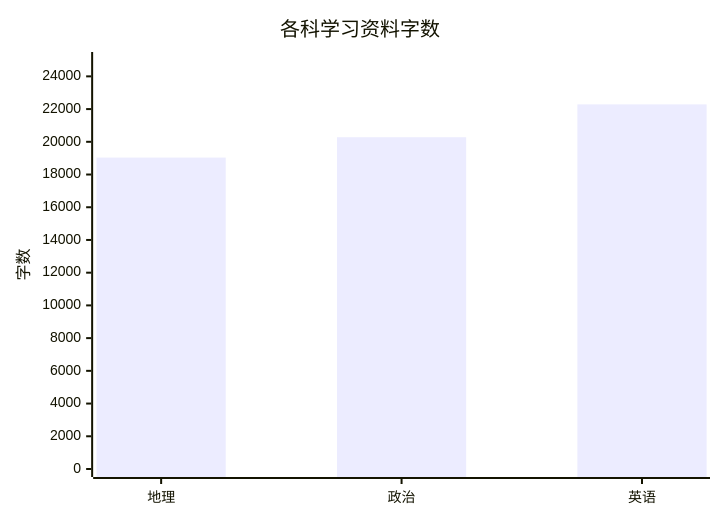
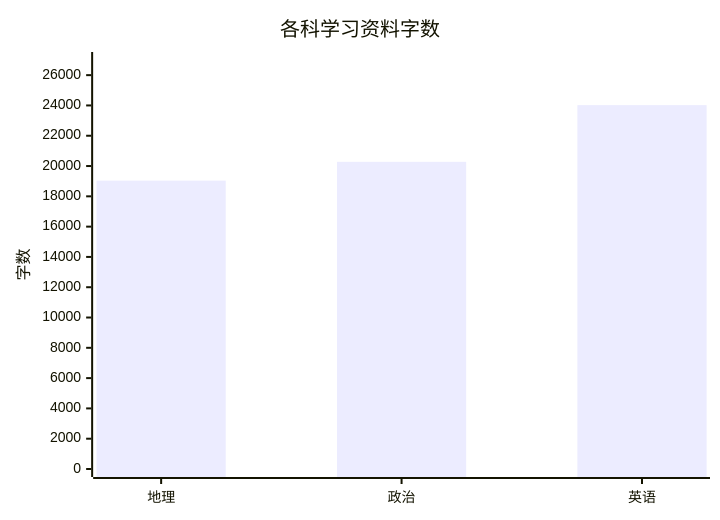
The first of 3 diagrams in README.md (zhuchenyu2008/Learning-Library), drawn with Mermaid before and after one commit. The commit also changed other lines of this file, not shown here.

````diff
--- a/README.md
+++ b/README.md
@@ -36,7 +36,7 @@
 ```mermaid
 xychart-beta
     title "各科学习资料字数"
     x-axis ["地理", "政治", "英语"]
-    y-axis "字数" 0 --> 25000
-    bar [19037, 20279, 22288]
+    y-axis "字数" 0 --> 27000
+    bar [19037, 20279, 24020]
 ```
````
